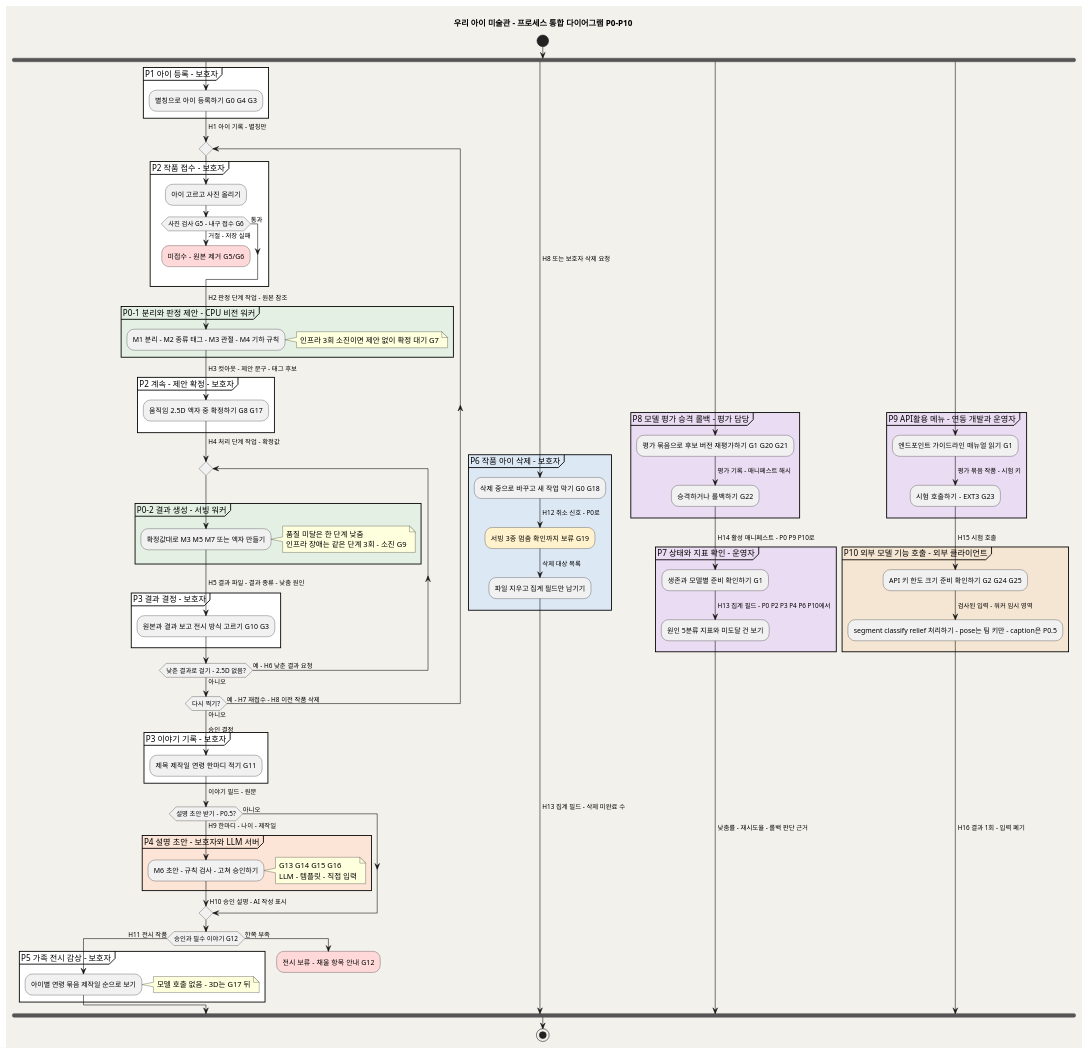
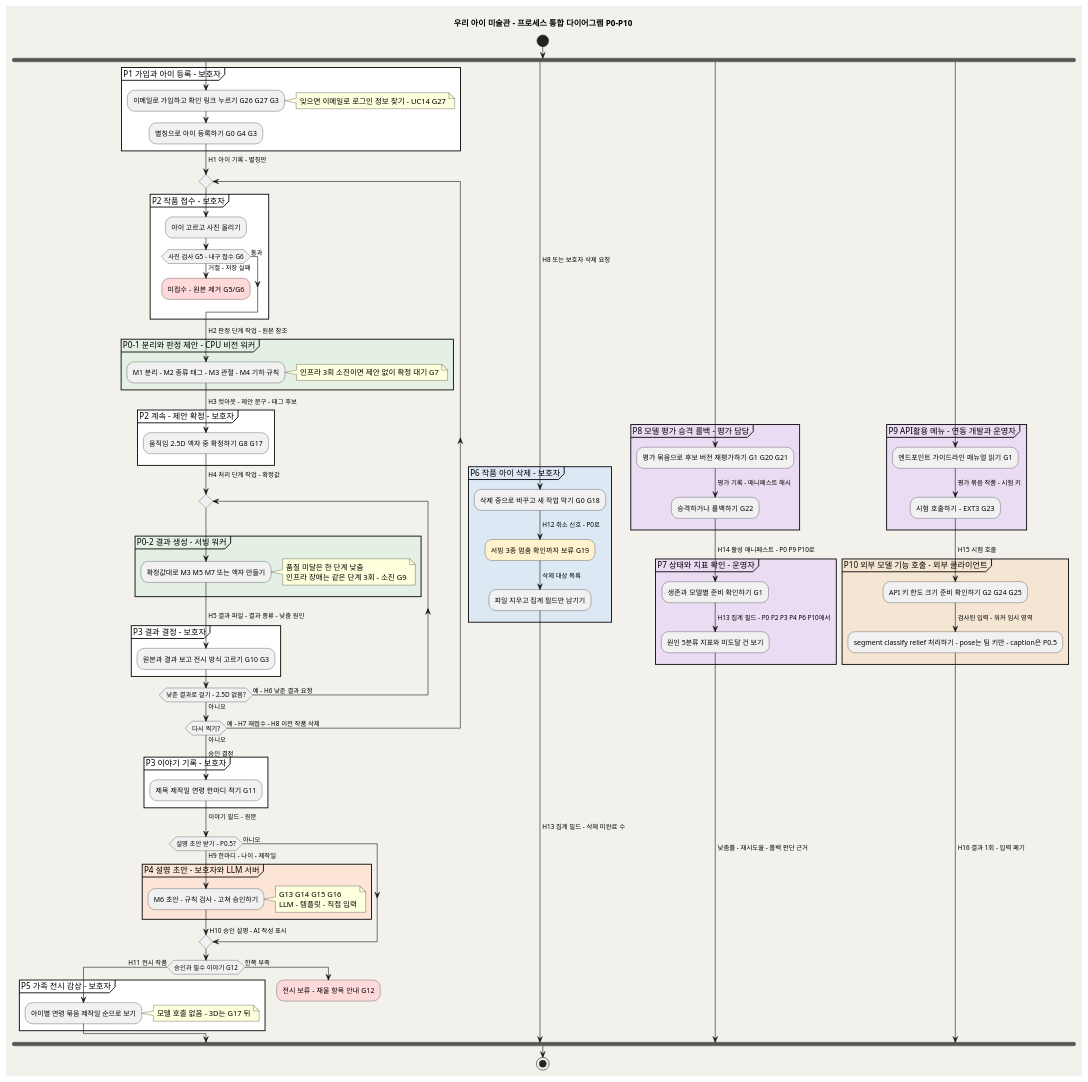
One commit to kids-gallery/uri-gallery changed the diagram in design/SD_01_프로세스통합.md. Above: the diagram before and after it, drawn with PlantUML. The commit also changed other lines of this file and 14 other files, not shown here.

First line of the commit message:
보호자 이메일 로그인과 로그인 정보 찾기(D18): UC13·UC14 신설, 별칭 중복 검사 제거

```diff
--- a/design/SD_01_프로세스통합.md
+++ b/design/SD_01_프로세스통합.md
@@ -19,7 +19,9 @@
 title 우리 아이 미술관 - 프로세스 통합 다이어그램 P0-P10
 start
 fork
-  partition "P1 아이 등록 - 보호자" #FFFFFF {
+  partition "P1 가입과 아이 등록 - 보호자" #FFFFFF {
+    :이메일로 가입하고 확인 링크 누르기  G26 G27 G3;
+    note right: 잊으면 이메일로 로그인 정보 찾기 - UC14 G27
     :별칭으로 아이 등록하기  G0 G4 G3;
   }
   -> H1 아이 기록 - 별칭만;
```
